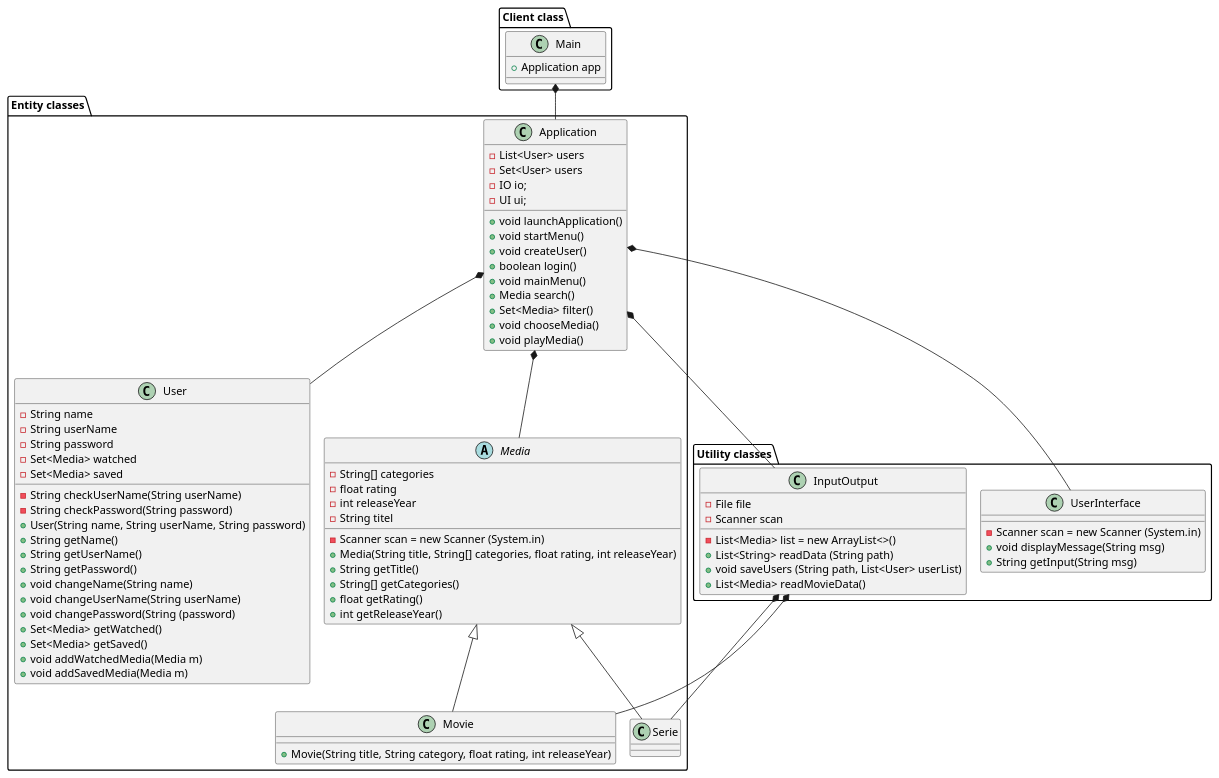
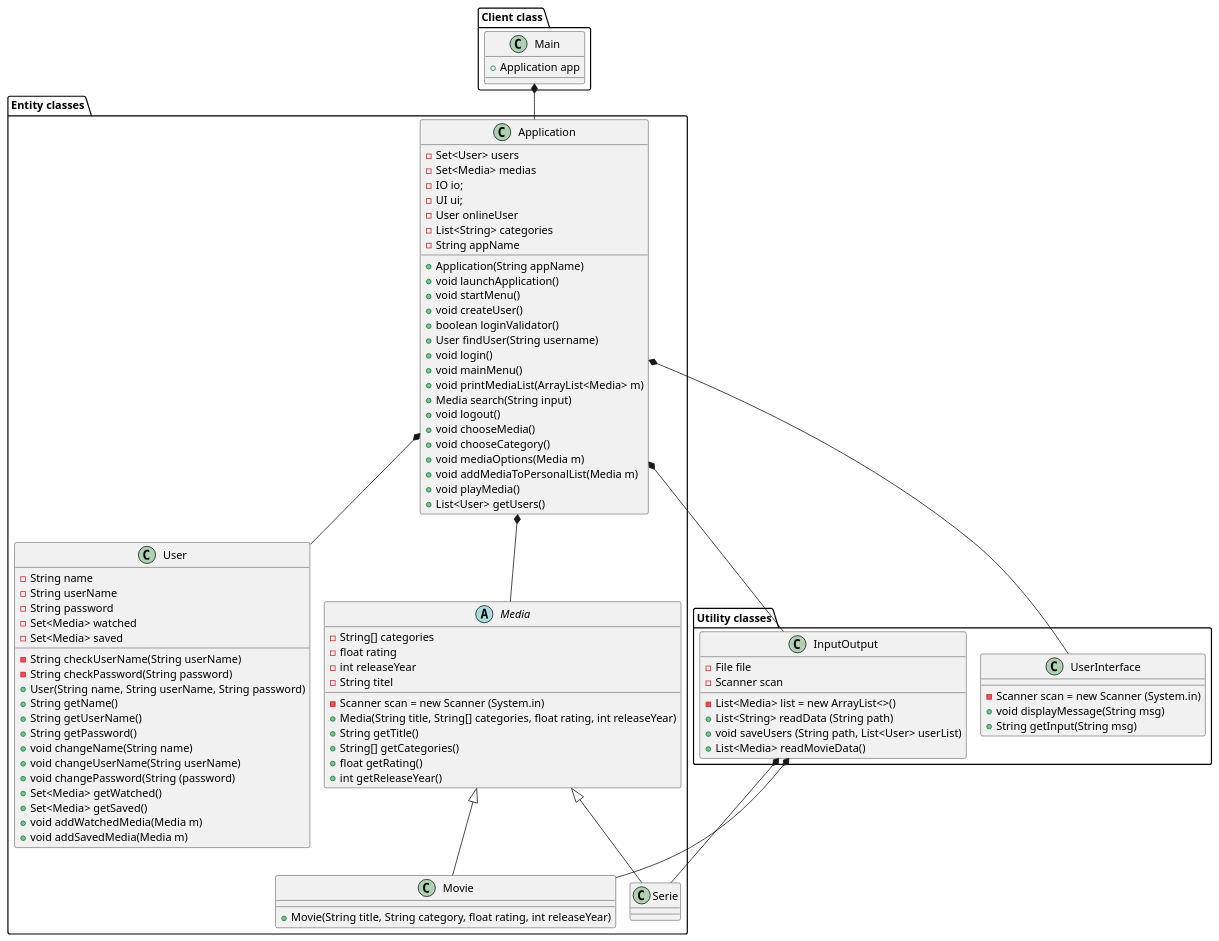
Before and after one commit to badranyoussef/SP3: the diagram in src/Documents/classDiagram.puml, drawn with PlantUML. The commit also changed 3 other files, not shown here.

Commit message:
PlantUML

```diff
--- a/src/Documents/classDiagram.puml
+++ b/src/Documents/classDiagram.puml
@@ -1,97 +1,108 @@
 @startuml
 'https://plantuml.com/class-diagram
 !pragma layout smetana
 
 'Client Package
 package "Client class"{
 class Main
 }
 
 'Utility Package
 package "Utility classes"{
 class UserInterface
 class InputOutput
 }
 
 'Entity Package
 package "Entity classes"{
 class Movie
 class Serie
 class Application
 class User
 abstract Media
 }
 
 'Label on Relations !MANGLER
 Application *-- UserInterface
 Application *-- InputOutput
 Application *-- User
 Application *-- Media
 Media <|-- Serie
 Media <|-- Movie
 InputOutput *-- Movie
 InputOutput *-- Serie
 Main *-- Application
 
 'Class Methods & Attributes
 Main : + Application app
 
-Application : - List<User> users
 Application : - Set<User> users
+Application : - Set<Media> medias
 Application : - IO io;
 Application : - UI ui;
+Application : - User onlineUser
+Application : - List<String> categories
+Application : - String appName
+Application : + Application(String appName)
 Application : + void launchApplication()
 Application : + void startMenu()
 Application : + void createUser()
-Application : + boolean login()
+Application : + boolean loginValidator()
+Application : + User findUser(String username)
+Application : + void login()
 Application : + void mainMenu()
-Application : + Media search()
-Application : + Set<Media> filter()
+Application : + void printMediaList(ArrayList<Media> m)
+Application : + Media search(String input)
+Application : + void logout()
 Application : + void chooseMedia()
+Application : + void chooseCategory()
+Application : + void mediaOptions(Media m)
+Application : + void addMediaToPersonalList(Media m)
 Application : + void playMedia()
+Application : + List<User> getUsers()
 
 User : - String name
 User : - String userName
 User : - String password
 User : - Set<Media> watched
 User : - Set<Media> saved
 User : - String checkUserName(String userName)
 User : - String checkPassword(String password)
 User : + User(String name, String userName, String password)
 User : + String getName()
 User : + String getUserName()
 User : + String getPassword()
 User : + void changeName(String name)
 User : + void changeUserName(String userName)
 User : + void changePassword(String (password)
 User : + Set<Media> getWatched()
 User : + Set<Media> getSaved()
 User : + void addWatchedMedia(Media m)
 User : + void addSavedMedia(Media m)
 
 
 InputOutput : - File file
 InputOutput : - Scanner scan
 InputOutput : - List<Media> list = new ArrayList<>()
 InputOutput : + List<String> readData (String path)
 InputOutput : + void saveUsers (String path, List<User> userList)
 InputOutput : + List<Media> readMovieData()
 
 UserInterface : - Scanner scan = new Scanner (System.in)
 UserInterface : + void displayMessage(String msg)
 UserInterface : + String getInput(String msg)
 
 Media : - Scanner scan = new Scanner (System.in)
 Media : - String[] categories
 Media : - float rating
 Media : - int releaseYear
 Media : - String titel
 Media : + Media(String title, String[] categories, float rating, int releaseYear)
 Media : + String getTitle()
 Media : + String[] getCategories()
 Media : + float getRating()
 Media : + int getReleaseYear()
 
 Movie : + Movie(String title, String category, float rating, int releaseYear)
 
 @enduml
```
